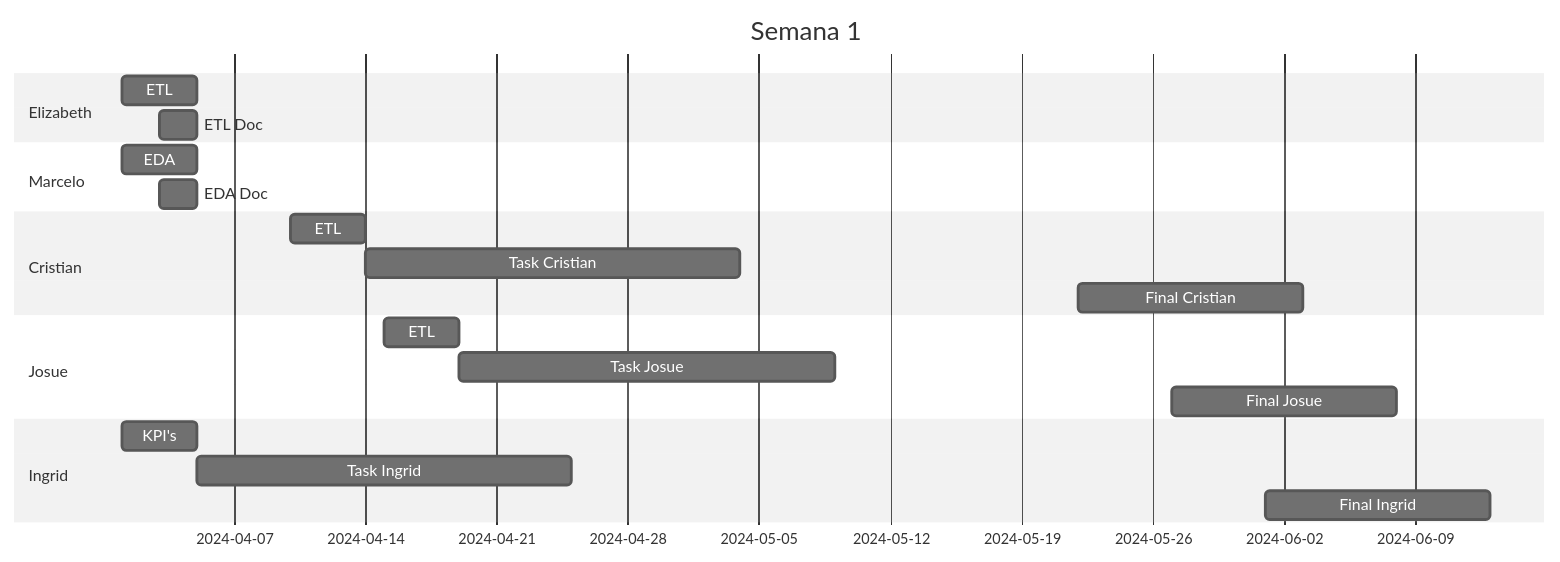
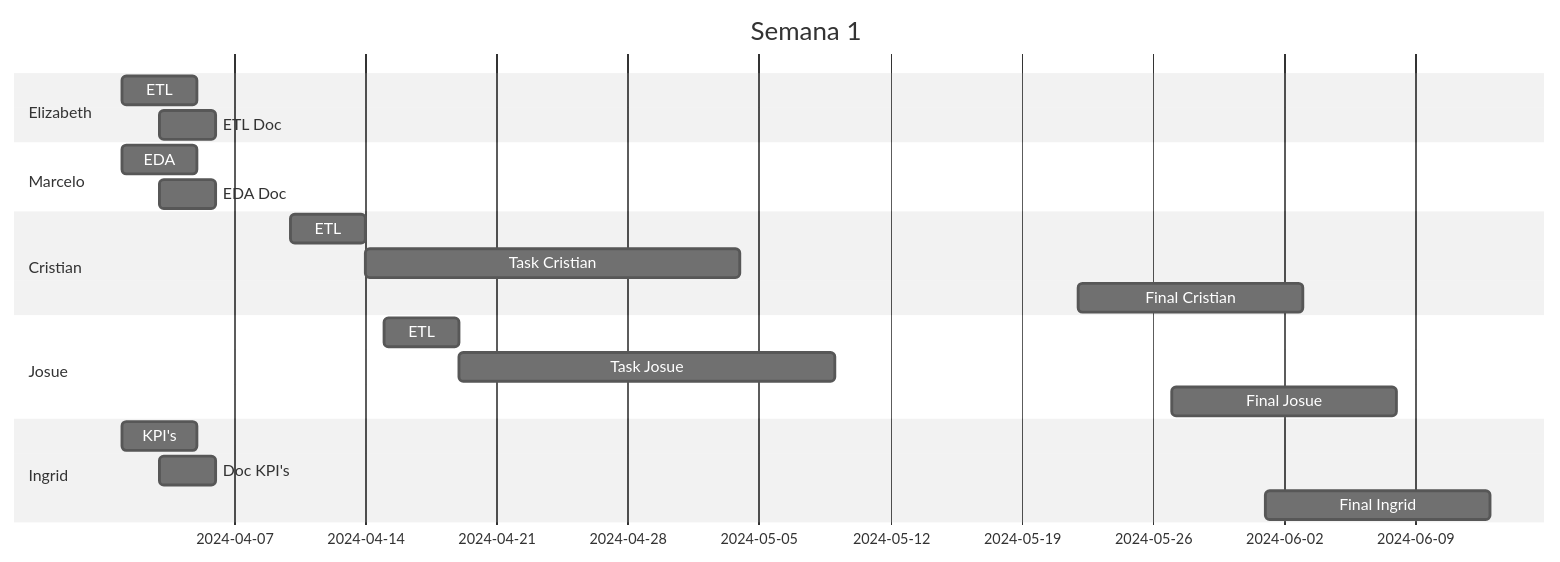
One commit to marceloyuba/SDT changed the diagram in README.md. Above: the diagram before and after it, drawn with Mermaid (neutral theme).

````diff
--- a/README.md
+++ b/README.md
@@ -9,29 +9,29 @@
 ```mermaid
 gantt
     title Semana 1
 
   section Elizabeth
     ETL           :a1, 2024-04-01, 4d
-    ETL Doc    :after a1, 2024-04-03, 2d
+    ETL Doc    :after a1, 2024-04-03, 3d
 
     section Marcelo
     EDA           :a2, 2024-04-01, 4d
-    EDA Doc       :2024-04-03, 2d
+    EDA Doc       :2024-04-03, 3d
 
     section Cristian
      ETL           :a3, 2024-04-10, 4d
     Task Cristian    :after a3 + 2d, 20d
     Final Cristian    : 2024-05-22  , 12d
 
     section Josue
      ETL           :a4, 2024-04-15, 4d
     Task Josue    :after a4 + 2d, 20d
     Final Josue    : 2024-05-27  , 12d
 
     section Ingrid
     KPI's          :a5, 2024-04-01, 4d
-    Task Ingrid    :after a5 + 2d, 20d
+    Doc KPI's       :2024-04-03, 3d
     Final Ingrid    : 2024-06-01  , 12d
 
 
 ```
````
